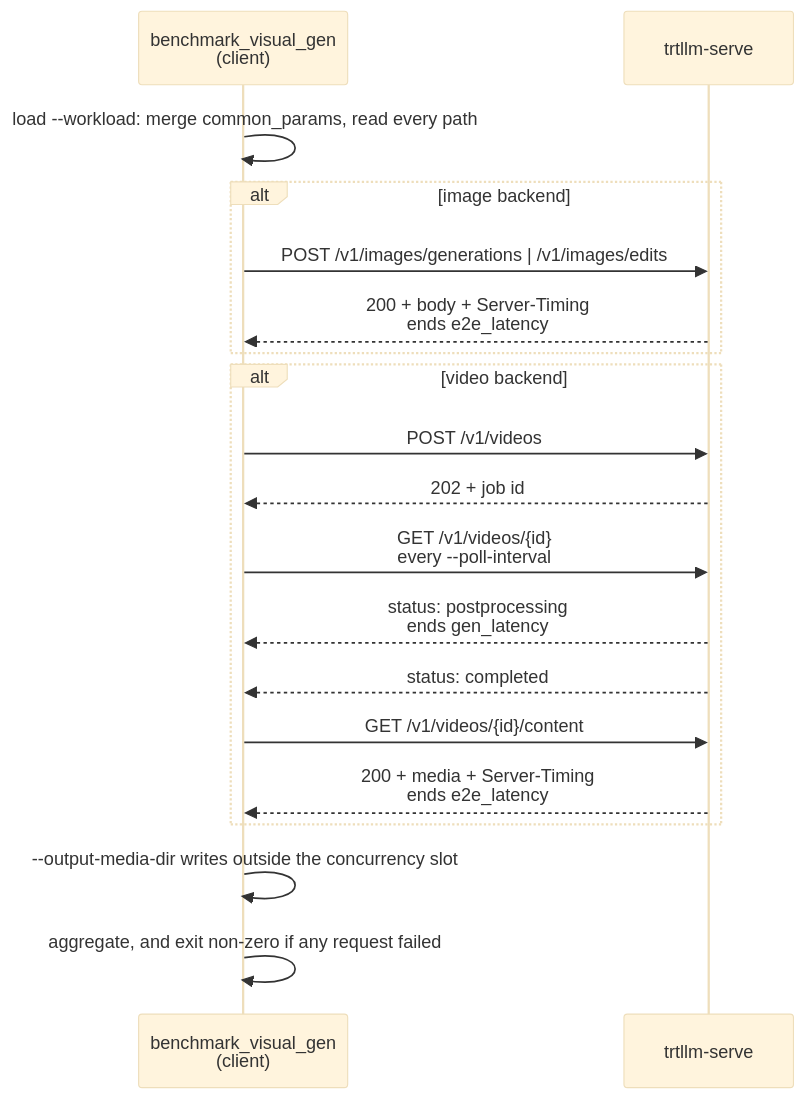
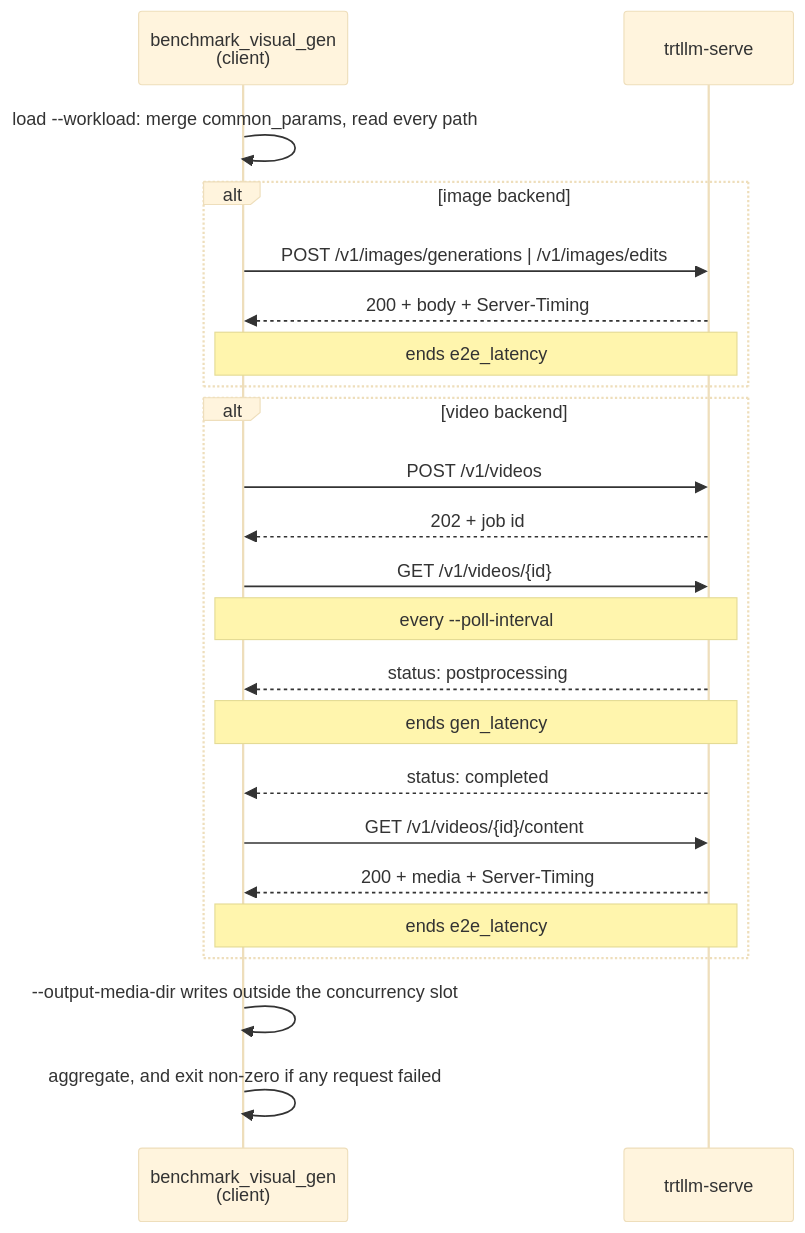
Before and after one commit to NVIDIA/TensorRT-LLM: the diagram in tensorrt_llm/serve/scripts/BENCHMARKING_VISUAL_GEN.md, drawn with Mermaid (base theme).

Commit message:
[None][doc] Put each annotation in a note spanning both lifelines
Note over C,S keeps the boxed look and grows the alt frame by the same amount on each side; note right of a participant grows only the right.

````diff
--- a/tensorrt_llm/serve/scripts/BENCHMARKING_VISUAL_GEN.md
+++ b/tensorrt_llm/serve/scripts/BENCHMARKING_VISUAL_GEN.md
@@ -106,25 +106,29 @@
 ```mermaid
 sequenceDiagram
     participant C as benchmark_visual_gen<br/>(client)
     participant S as trtllm-serve
 
     C->>C: load --workload: merge common_params, read every path
 
     alt image backend
         C->>S: POST /v1/images/generations | /v1/images/edits
-        S-->>C: 200 + body + Server-Timing<br/>ends e2e_latency
+        S-->>C: 200 + body + Server-Timing
+        Note over C,S: ends e2e_latency
     end
 
     alt video backend
         C->>S: POST /v1/videos
         S-->>C: 202 + job id
-        C->>S: GET /v1/videos/{id}<br/>every --poll-interval
-        S-->>C: status: postprocessing<br/>ends gen_latency
+        C->>S: GET /v1/videos/{id}
+        Note over C,S: every --poll-interval
+        S-->>C: status: postprocessing
+        Note over C,S: ends gen_latency
         S-->>C: status: completed
         C->>S: GET /v1/videos/{id}/content
-        S-->>C: 200 + media + Server-Timing<br/>ends e2e_latency
+        S-->>C: 200 + media + Server-Timing
+        Note over C,S: ends e2e_latency
     end
 
     C->>C: --output-media-dir writes outside the concurrency slot
     C->>C: aggregate, and exit non-zero if any request failed
 ```
````
